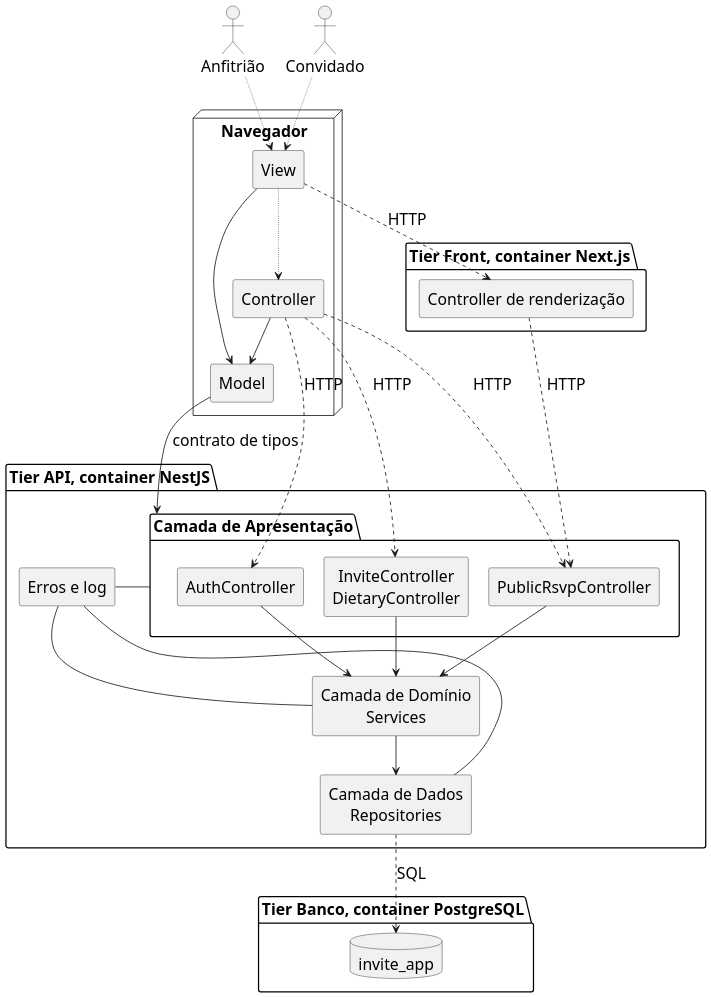
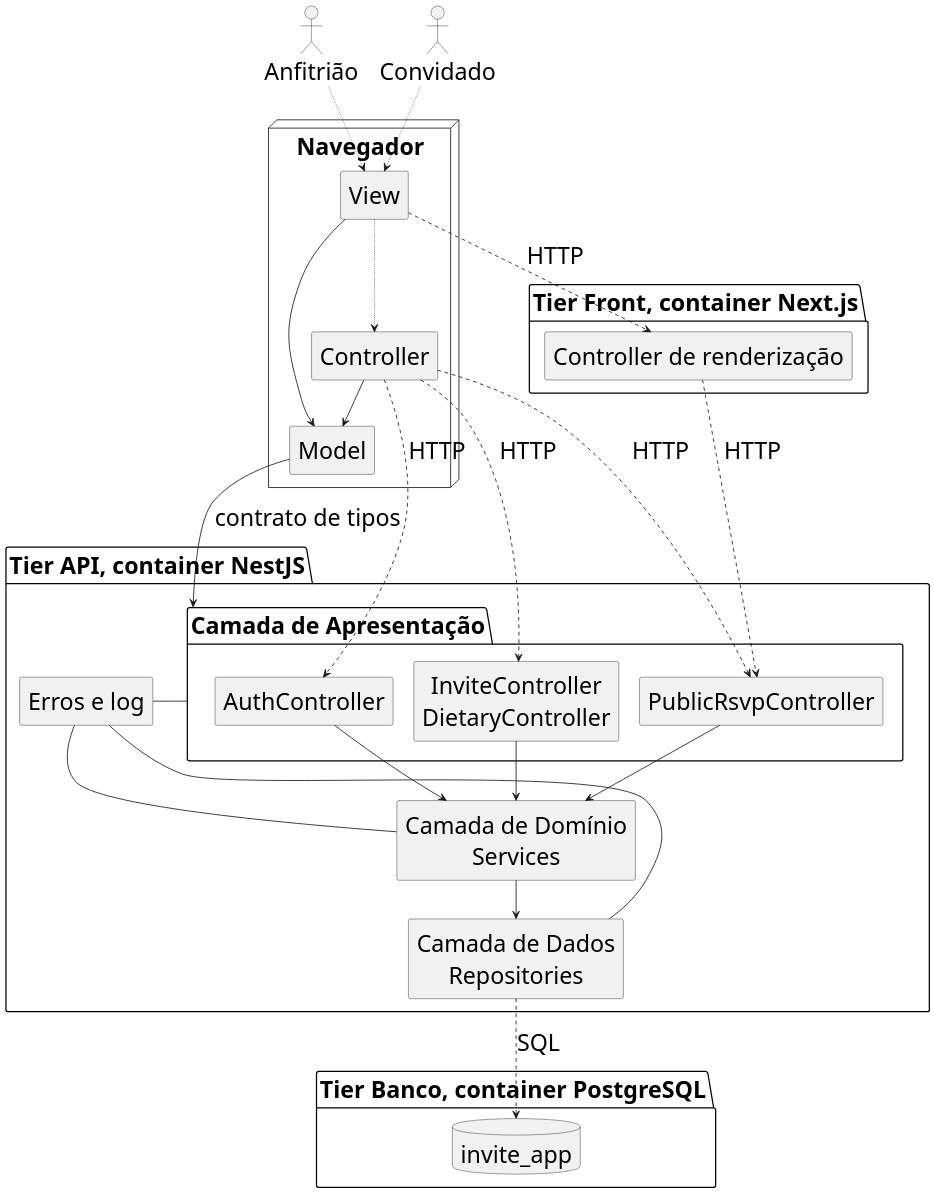
One commit to tcpassos/invite-app changed the diagram in trabalhos/deck-pitch/diagramas/diagrama-de-camadas-slide.puml. Above: the diagram before and after it, drawn with PlantUML. The commit also changed 7 other files, not shown here.

```diff
--- a/trabalhos/deck-pitch/diagramas/diagrama-de-camadas-slide.puml
+++ b/trabalhos/deck-pitch/diagramas/diagrama-de-camadas-slide.puml
@@ -1,74 +1,74 @@
 @startuml diagrama-de-camadas-slide
 ' Versão para o deck do Pitch: o mesmo conteúdo de docs/.attachments/diagrama-de-camadas.puml,
 ' só com fonte maior, para ler numa chamada do Teams. Gera o PNG desta pasta com:
 '   docker run --rm --user 0:0 -v "<caminho desta pasta>:/data" plantuml/plantuml -tpng /data/diagrama-de-camadas-slide.puml
-skinparam defaultFontSize 19
+skinparam defaultFontSize 28
 skinparam dpi 150
 ' Fonte do Diagrama de Camadas do Guia da Arquitetura.
 ' Gera o PNG sem instalar nada além do Docker, a partir da pasta onde este arquivo está:
 '   docker run --rm -v "<caminho>:/data" plantuml/plantuml -tpng /data/diagrama-de-camadas.puml
 ' No Windows, <caminho> é o caminho absoluto da pasta, por exemplo D:\invite-app\docs\.attachments
 ' As três camadas lógicas vêm do ADR-0001 e os três tiers do ADR-0002.
 ' O diagrama traz rótulo, não explicação. A leitura fica na seção 2 do Guia da Arquitetura.
 
 skinparam shadowing false
 skinparam monochrome true
 skinparam componentStyle rectangle
 skinparam defaultTextAlignment center
 skinparam nodesep 25
 skinparam ranksep 45
 
 actor "Anfitrião" as HOST
 actor "Convidado" as GUEST
 
 node "Navegador" as BROWSER {
   component "View" as VIEW
   component "Controller" as CTRLW
   component "Model" as MODEL
 }
 
 package "Tier Front, container Next.js" {
   component "Controller de renderização" as SSR
 }
 
 package "Tier API, container NestJS" {
   package "Camada de Apresentação" as PRESL {
     component "PublicRsvpController" as PUB
     component "InviteController\nDietaryController" as AUT
     component "AuthController" as AUTH
   }
   component "Camada de Domínio\nServices" as DOM
   component "Camada de Dados\nRepositories" as DATA
   component "Erros e log" as CROSS
 }
 
 package "Tier Banco, container PostgreSQL" {
   database "invite_app" as DB
 }
 
 HOST -[dotted]-> VIEW
 GUEST -[dotted]-> VIEW
 
 VIEW -[dotted]-> CTRLW
 VIEW --> MODEL
 CTRLW --> MODEL
 
 VIEW -[dashed]-> SSR : HTTP
 SSR -[dashed]-> PUB : HTTP
 CTRLW -[dashed]-> PUB : HTTP
 CTRLW -[dashed]-> AUT : HTTP
 CTRLW -[dashed]-> AUTH : HTTP
 
 MODEL --> PRESL : contrato de tipos
 
 PUB --> DOM
 AUT --> DOM
 AUTH --> DOM
 DOM --> DATA
 DATA -[dashed]-> DB : SQL
 
 PRESL -[norank]- CROSS
 DOM -[norank]- CROSS
 DATA -[norank]- CROSS
 
 @enduml
```
